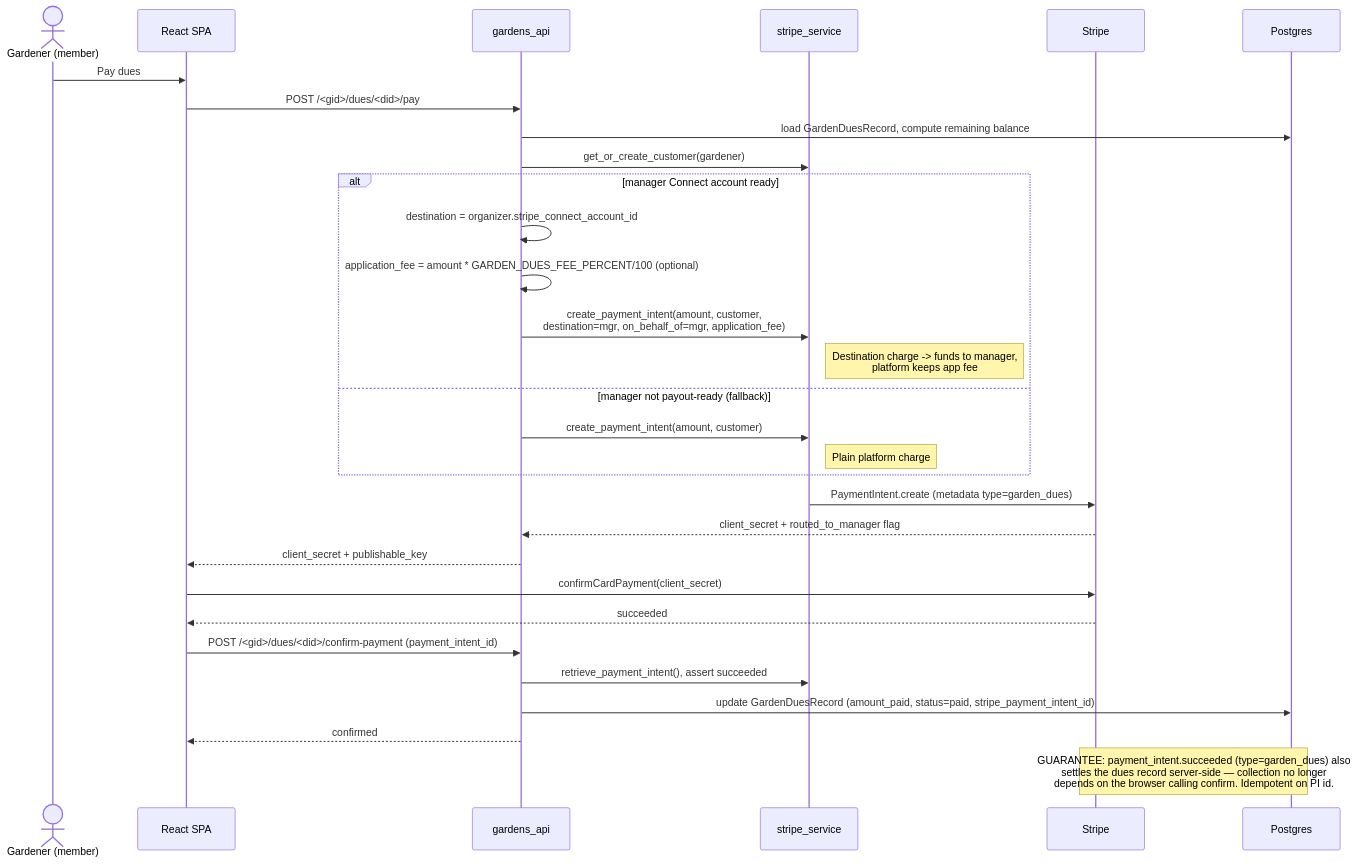
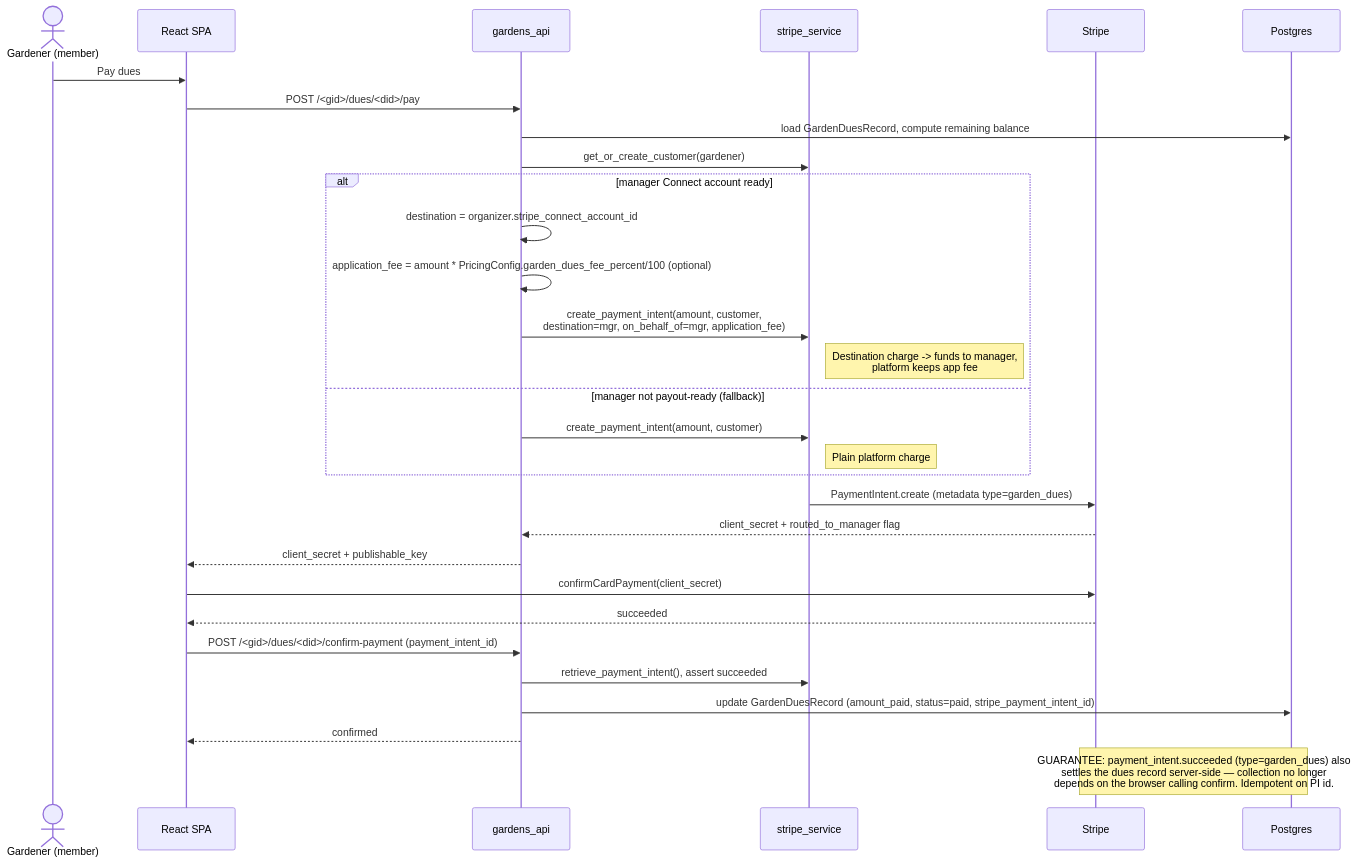
The third of 4 diagrams in docs/architecture/05-payments.md (mchine73/yardharvest), drawn with Mermaid before and after one commit. The commit also changed other lines of this file and 7 other files, not shown here.

First line of the commit message:
Make garden dues platform fee admin-editable (PricingConfig + admin portal)

````diff
--- a/docs/architecture/05-payments.md
+++ b/docs/architecture/05-payments.md
@@ -110,33 +111,33 @@
 ```mermaid
 sequenceDiagram
     actor G as Gardener (member)
     participant FE as React SPA
     participant GA as gardens_api
     participant SS as stripe_service
     participant ST as Stripe
     participant DB as Postgres
 
     G->>FE: Pay dues
     FE->>GA: POST /<gid>/dues/<did>/pay
     GA->>DB: load GardenDuesRecord, compute remaining balance
     GA->>SS: get_or_create_customer(gardener)
     alt manager Connect account ready
         GA->>GA: destination = organizer.stripe_connect_account_id
-        GA->>GA: application_fee = amount * GARDEN_DUES_FEE_PERCENT/100 (optional)
+        GA->>GA: application_fee = amount * PricingConfig.garden_dues_fee_percent/100 (optional)
         GA->>SS: create_payment_intent(amount, customer,<br/>destination=mgr, on_behalf_of=mgr, application_fee)
         Note right of SS: Destination charge -> funds to manager,<br/>platform keeps app fee
     else manager not payout-ready (fallback)
         GA->>SS: create_payment_intent(amount, customer)
         Note right of SS: Plain platform charge
     end
     SS->>ST: PaymentIntent.create (metadata type=garden_dues)
     ST-->>GA: client_secret + routed_to_manager flag
     GA-->>FE: client_secret + publishable_key
     FE->>ST: confirmCardPayment(client_secret)
     ST-->>FE: succeeded
     FE->>GA: POST /<gid>/dues/<did>/confirm-payment (payment_intent_id)
     GA->>SS: retrieve_payment_intent(), assert succeeded
     GA->>DB: update GardenDuesRecord (amount_paid, status=paid, stripe_payment_intent_id)
     GA-->>FE: confirmed
     Note over ST,DB: GUARANTEE: payment_intent.succeeded (type=garden_dues) also<br/>settles the dues record server-side — collection no longer<br/>depends on the browser calling confirm. Idempotent on PI id.
 ```
````
